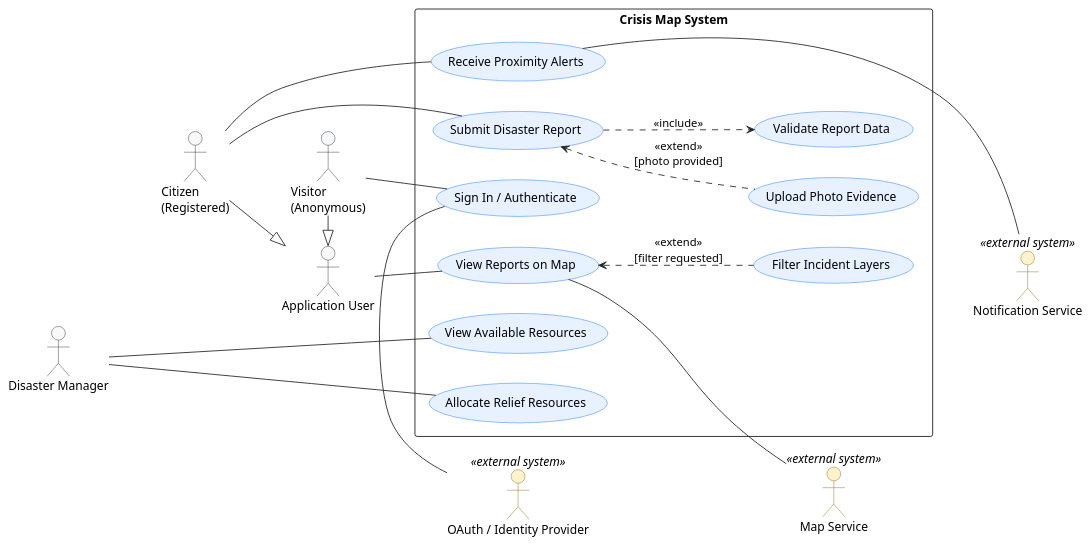
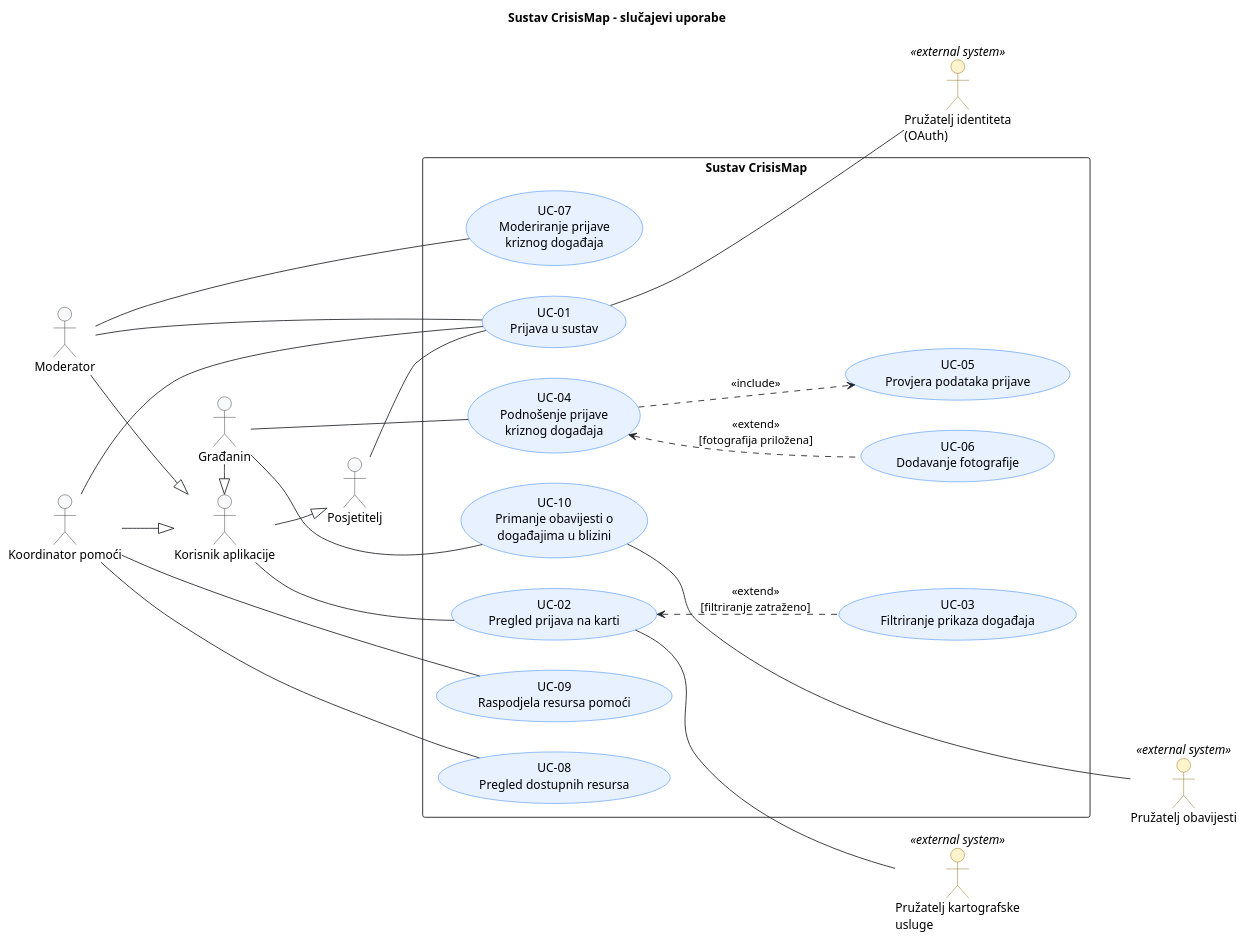
The diagram in docs/puml/3-1-crisismap-system-UC.puml (VladoSruk/Programsko-inzenjerstvo), drawn with PlantUML before and after one commit. The commit also changed other lines of this file and 9 other files, not shown here.

First line of the commit message:
docs(uml): osvježi i standardiziraj CrisisMap UML dokumentaciju

```diff
--- a/docs/puml/3-1-crisismap-system-UC.puml
+++ b/docs/puml/3-1-crisismap-system-UC.puml
@@ -43,126 +19,142 @@
 @startuml
-
+title Sustav CrisisMap – slučajevi uporabe
 left to right direction
 
 skinparam shadowing false
 skinparam defaultFontName Arial
-skinparam packageStyle rectangle
+skinparam ArrowColor #212529
 
 skinparam actor {
     BackgroundColor #F8F9FA
     BorderColor #212529
-    ' External systems are visually distinct from human actors.
     BackgroundColor<<external system>> #FFF3CD
     BorderColor<<external system>> #856404
 }
 
 skinparam usecase {
     BackgroundColor #E7F1FF
     BorderColor #0D6EFD
-    ArrowColor #212529
 }
 
 ' ==============================================================================
-' Primary Actors
+' Primarni akteri
 ' ==============================================================================
 
-actor User as "Application User"
-actor Citizen as "Citizen\n(Registered)"
-actor Visitor as "Visitor\n(Anonymous)"
-actor Manager as "Disaster Manager"
+' Akteri su uloge, a ne stanja: nazivi ne sadrže "prijavljen" ni "anoniman".
+' Stanje prijave opisuje bilješka ispod aktera Posjetitelj.
+actor User as "Korisnik aplikacije"
+actor Citizen as "Građanin"
+actor Visitor as "Posjetitelj"
+actor Moderator as "Moderator"
+actor Manager as "Koordinator pomoći"
 
-' Citizen and Visitor are specialized user roles.
+' Sve uloge su specijalizacije korisnika aplikacije, pa im je pregled karte
+' dostupan bez dodatne veze.
 Citizen -|> User
-Visitor -|> User
+ User -|>  Visitor
+Moderator -|> User
+Manager -|> User
 
-' Layout-only relationships.
+' Samo za raspored na dijagramu.
 Manager -[hidden]down-> Citizen
+Moderator -[hidden]down-> Citizen
 Citizen -[hidden]down-> Visitor
+Visitor -[hidden]down->  User
+
+'note left of Visitor
+'  Posjetitelj nije prijavljen u sustav.
+'  Prijavom (UC-01) postaje Građanin.
+'  Ne može podnijeti prijavu događaja (UC-04).
+'  Ostale uloge pretpostavljaju prijavu.
+'end note
 
 ' ==============================================================================
-' Secondary - Supporting Actors
+' Sekundarni akteri (vanjski sustavi)
 ' ==============================================================================
 
-actor "OAuth / Identity Provider" as IdP <<external system>>
-actor "Map Service" as Maps <<external system>>
-actor "Notification Service" as Notifications <<external system>>
+actor "Pružatelj identiteta\n(OAuth)" as IdP <<external system>>
+actor "Pružatelj obavijesti" as Notifications <<external system>>
+actor "Pružatelj kartografske\nusluge" as Maps <<external system>>
 
 ' ==============================================================================
-' System Boundary
+' Granica sustava
 ' ==============================================================================
 
-rectangle "Crisis Map System" as CrisisMap {
+rectangle "Sustav CrisisMap" as CrisisMap {
 
-    ' Access
-    (Sign In / Authenticate) as UC_SignIn
+    ' Pristup
+    (UC-01\nPrijava u sustav) as UC_SignIn
 
-    ' Reports and map
-    (View Reports on Map) as UC_Map
-    (Filter Incident Layers) as UC_Filter
-    (Submit Disaster Report) as UC_Report
-    (Validate Report Data) as UC_ValidateReport
-    (Upload Photo Evidence) as UC_UploadPhoto
+    ' Prijave i karta
+    (UC-02\nPregled prijava na karti) as UC_Map
+    (UC-03\nFiltriranje prikaza događaja) as UC_Filter
+    (UC-04\nPodnošenje prijave\nkriznog događaja) as UC_Report
+    (UC-05\nProvjera podataka prijave) as UC_ValidateReport
+    (UC-06\nDodavanje fotografije) as UC_UploadPhoto
+    (UC-07\nModeriranje prijave\nkriznog događaja) as UC_Moderate
 
-    ' Resource coordination
-    (View Available Resources) as UC_Resources
-    (Allocate Relief Resources) as UC_Allocate
+    ' Koordinacija resursa
+    (UC-08\nPregled dostupnih resursa) as UC_Resources
+    (UC-09\nRaspodjela resursa pomoći) as UC_Allocate
 
-    ' Alerts
-    (Receive Proximity Alerts) as UC_Alert
+    ' Obavijesti
+    (UC-10\nPrimanje obavijesti o\ndogađajima u blizini) as UC_Alert
 }
 
 ' ==============================================================================
-' Actor-to-Use-Case Associations
+' Asocijacije aktera i slučajeva uporabe
 ' ==============================================================================
 
-' Common user capability
 User -- UC_Map
 
-' Anonymous visitor capability
+' Posjetitelj namjerno NEMA vezu s UC-04: podnošenje prijave događaja traži
+' prijavu u sustav jer prijava u ERD-u (4-2) ima obvezan user_id. Posjetitelj
+' može samo pregledavati kartu i prijaviti se.
 Visitor -- UC_SignIn
 
-' Registered citizen capabilities
+' Moderator i koordinator prijavljuju se istim postupkom. Uloga im se
+' dodjeljuje izvan ovog modela (administracija korisnika nije u opsegu).
+Moderator -- UC_SignIn
+Manager -- UC_SignIn
+
 Citizen -- UC_Report
 Citizen -- UC_Alert
 
-' Disaster manager capabilities
+Moderator -- UC_Moderate
+
 Manager -- UC_Resources
 Manager -- UC_Allocate
 
 ' ==============================================================================
-' UML Relationships
+' Veze između slučajeva uporabe
 ' ==============================================================================
 
-' Optional behavior extending a complete base use case.
-UC_Map <.. UC_Filter : <<extend>>\n[filter requested]
+' Neobavezno ponašanje koje proširuje potpuni osnovni slučaj.
+UC_Map <.. UC_Filter : <<extend>>\n[filtriranje zatraženo]
 
-UC_Report <.. UC_UploadPhoto : <<extend>>\n[photo provided]
+UC_Report <.. UC_UploadPhoto : <<extend>>\n[fotografija priložena]
 
-' Mandatory reused behavior performed during report submission.
+' Obvezno ponašanje koje se uvijek izvodi pri podnošenju prijave.
 UC_Report ..> UC_ValidateReport : <<include>>
 
-' Authentication is intentionally NOT modeled as <<include>> for protected
-' operations. A user may already be authenticated before starting them.
-' Treat authentication as a precondition unless sign-in is always executed
-' within the use case itself.
+' Prijava namjerno NIJE <<include>> zaštićenih slučajeva (UC-04, UC-07,
+' UC-08, UC-09, UC-10): korisnik je već prijavljen prije njihova početka.
+' Prijava je preduvjet, a <<include>> bi bio ispravan tek da se uvijek
+' izvodi unutar samog slučaja.
 
 ' ==============================================================================
-' Secondary Actor Interactions
+' Interakcije sa sekundarnim akterima
 ' ==============================================================================
 
-UC_SignIn -right- IdP
+UC_SignIn -- IdP
 
-' Map Service is deliberately shown in this educational diagram to expose an
-' important external dependency. In a stricter goal-oriented model it may be
-' shown only in architecture or deployment views.
+' Kartografska usluga je prikazana jer je ključna vanjska ovisnost. U strožem
+' modelu usmjerenom na ciljeve pojavila bi se tek u arhitekturnom prikazu.
 UC_Map -right- Maps
 
-' Keep this actor only if external notification delivery is part of the
-' approved scope and implementation.
 UC_Alert -right- Notifications
 
-' Layout-only ordering for the external-system column.
-IdP -[hidden]down-> Maps
+' Samo za raspored vanjskih sustava u jednom stupcu.
+Maps -[hidden]left-> IdP 
 Maps -[hidden]down-> Notifications
-
 @enduml
```
